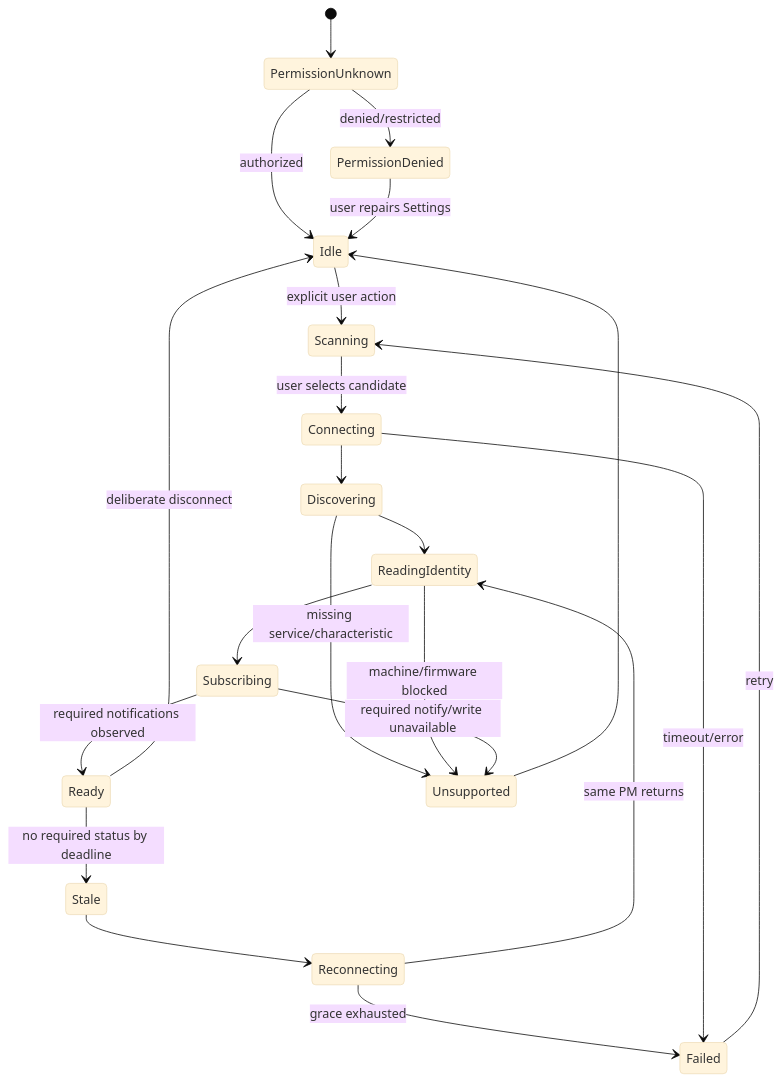
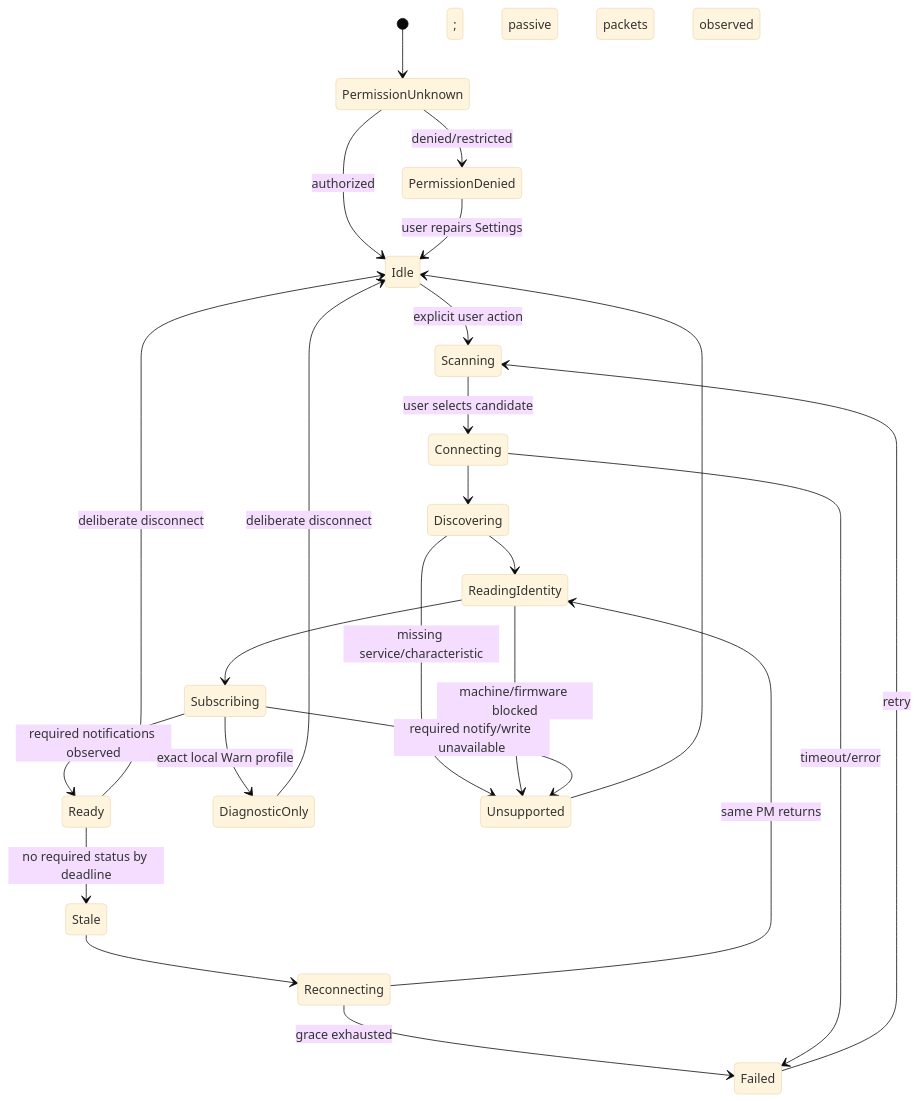
One commit to pastry-personal5/virtual-indoor-rowing changed the second of 2 diagrams in docs/architecture/04-concept2-pm5-integration.md. Above: the diagram before and after it, drawn with Mermaid (base theme). The commit also changed other lines of this file and 74 other files, not shown here.

````diff
--- a/docs/architecture/04-concept2-pm5-integration.md
+++ b/docs/architecture/04-concept2-pm5-integration.md
@@ -79,24 +80,26 @@
 ```mermaid
 stateDiagram-v2
     [*] --> PermissionUnknown
     PermissionUnknown --> PermissionDenied: denied/restricted
     PermissionUnknown --> Idle: authorized
     PermissionDenied --> Idle: user repairs Settings
     Idle --> Scanning: explicit user action
     Scanning --> Connecting: user selects candidate
     Connecting --> Discovering
     Discovering --> ReadingIdentity
     ReadingIdentity --> Subscribing
     Subscribing --> Ready: required notifications observed
+    Subscribing --> DiagnosticOnly: exact local Warn profile; passive packets observed
+    DiagnosticOnly --> Idle: deliberate disconnect
     Ready --> Stale: no required status by deadline
     Stale --> Reconnecting
     Reconnecting --> ReadingIdentity: same PM returns
     Reconnecting --> Failed: grace exhausted
     Connecting --> Failed: timeout/error
     Discovering --> Unsupported: missing service/characteristic
     ReadingIdentity --> Unsupported: machine/firmware blocked
     Subscribing --> Unsupported: required notify/write unavailable
     Ready --> Idle: deliberate disconnect
     Failed --> Scanning: retry
     Unsupported --> Idle
 ```
````
